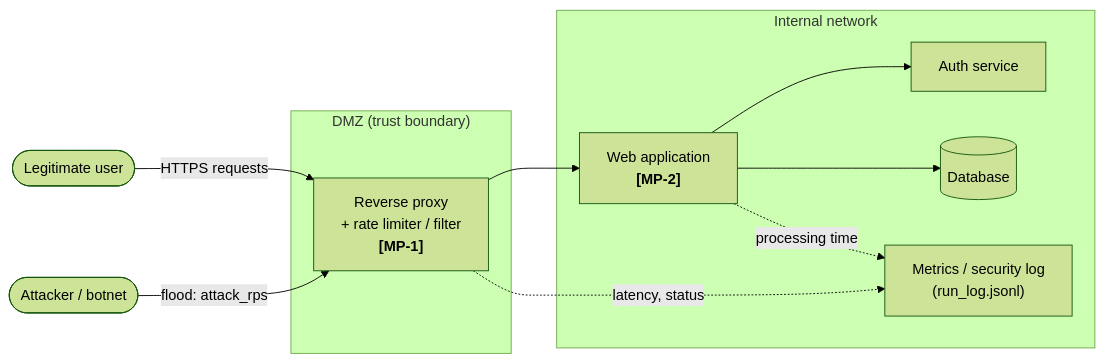
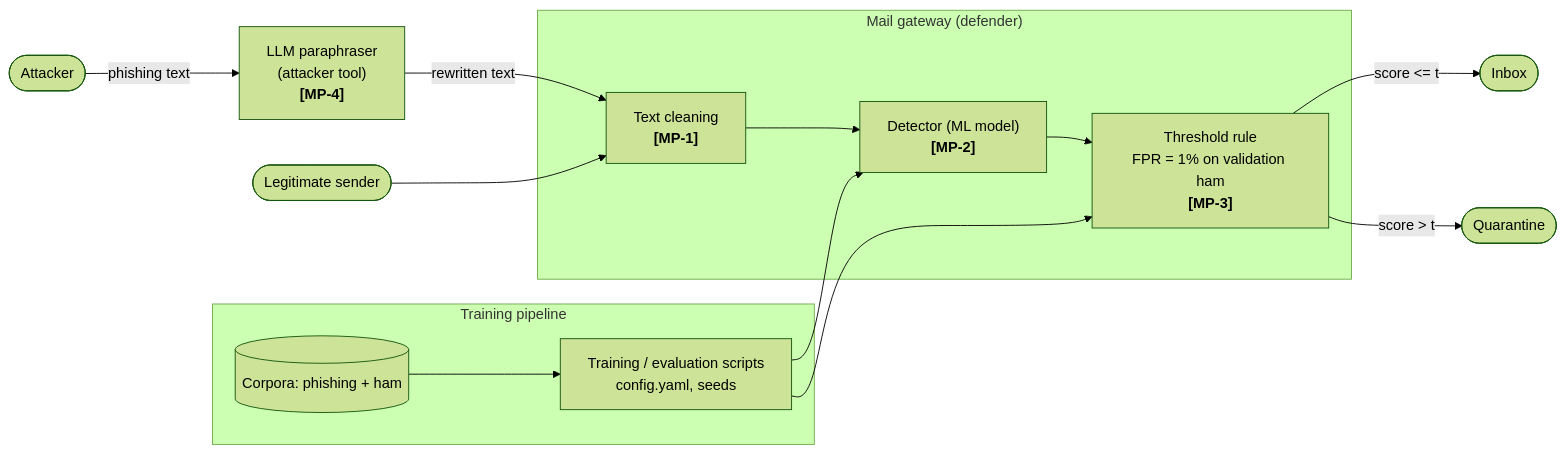
Before and after one commit to Dias-M/ResearchMetod-MoldassanovDias-BilalSamat: the first of 2 diagrams in docs/domain_model.md, drawn with Mermaid (forest theme). The commit also changed other lines of this file, not shown here.

Commit message:
docs: add domain model

````diff
--- a/docs/domain_model.md
+++ b/docs/domain_model.md
@@ -7,20 +7,24 @@
 ```mermaid
 flowchart LR
-    legit(["Legitimate user"])
-    atk(["Attacker / botnet"])
-    subgraph dmz["DMZ (trust boundary)"]
-        proxy["Reverse proxy<br/>+ rate limiter / filter<br/><b>[MP-1]</b>"]
+    atk(["Attacker"])
+    para["LLM paraphraser<br/>(attacker tool)<br/><b>[MP-4]</b>"]
+    ham(["Legitimate sender"])
+    subgraph gw["Mail gateway (defender)"]
+        clean["Text cleaning<br/><b>[MP-1]</b>"]
+        det["Detector (ML model)<br/><b>[MP-2]</b>"]
+        thr["Threshold rule<br/>FPR = 1% on validation ham<br/><b>[MP-3]</b>"]
     end
-    subgraph internal["Internal network"]
-        app["Web application<br/><b>[MP-2]</b>"]
-        auth["Auth service"]
-        db[("Database")]
-        log["Metrics / security log<br/>(run_log.jsonl)"]
+    subgraph train["Training pipeline"]
+        data[("Corpora: phishing + ham")]
+        ci["Training / evaluation scripts<br/>config.yaml, seeds"]
     end
-    legit -- "HTTPS requests" --> proxy
-    atk -- "flood: attack_rps" --> proxy
-    proxy --> app --> auth
-    app --> db
-    proxy -. "latency, status" .-> log
-    app -. "processing time" .-> log
+    inbox(["Inbox"])
+    quar(["Quarantine"])
+    atk -- "phishing text" --> para -- "rewritten text" --> clean
+    ham --> clean
+    clean --> det --> thr
+    thr -- "score <= t" --> inbox
+    thr -- "score > t" --> quar
+    data --> ci --> det
+    ci --> thr
 ```
````
